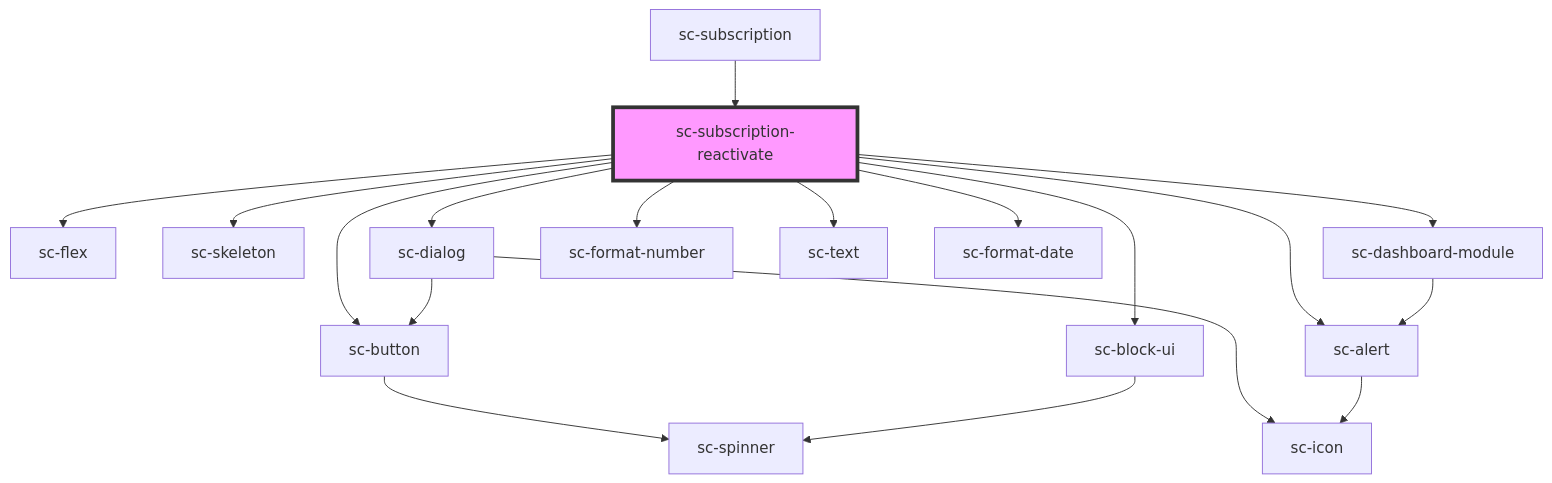
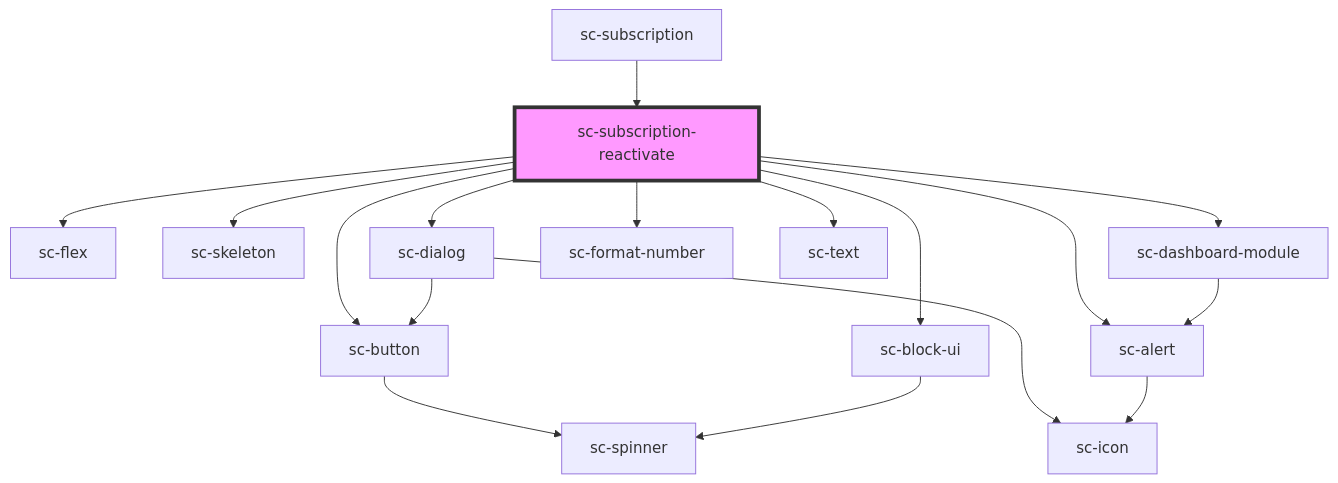
One commit to surecart/surecart-wp-plugin changed the diagram in packages/components/src/components/controllers/dashboard/subscription-reactivate/readme.md. Above: the diagram before and after it, drawn with Mermaid. The commit also changed other lines of this file and 52 other files, not shown here.

````diff
--- a/packages/components/src/components/controllers/dashboard/subscription-reactivate/readme.md
+++ b/packages/components/src/components/controllers/dashboard/subscription-reactivate/readme.md
@@ -44,21 +43,20 @@
 ```mermaid
 graph TD;
   sc-subscription-reactivate --> sc-flex
   sc-subscription-reactivate --> sc-skeleton
   sc-subscription-reactivate --> sc-dialog
   sc-subscription-reactivate --> sc-dashboard-module
   sc-subscription-reactivate --> sc-alert
   sc-subscription-reactivate --> sc-format-number
   sc-subscription-reactivate --> sc-text
-  sc-subscription-reactivate --> sc-format-date
   sc-subscription-reactivate --> sc-button
   sc-subscription-reactivate --> sc-block-ui
   sc-dialog --> sc-button
   sc-dialog --> sc-icon
   sc-button --> sc-spinner
   sc-dashboard-module --> sc-alert
   sc-alert --> sc-icon
   sc-block-ui --> sc-spinner
   sc-subscription --> sc-subscription-reactivate
   style sc-subscription-reactivate fill:#f9f,stroke:#333,stroke-width:4px
 ```
````
